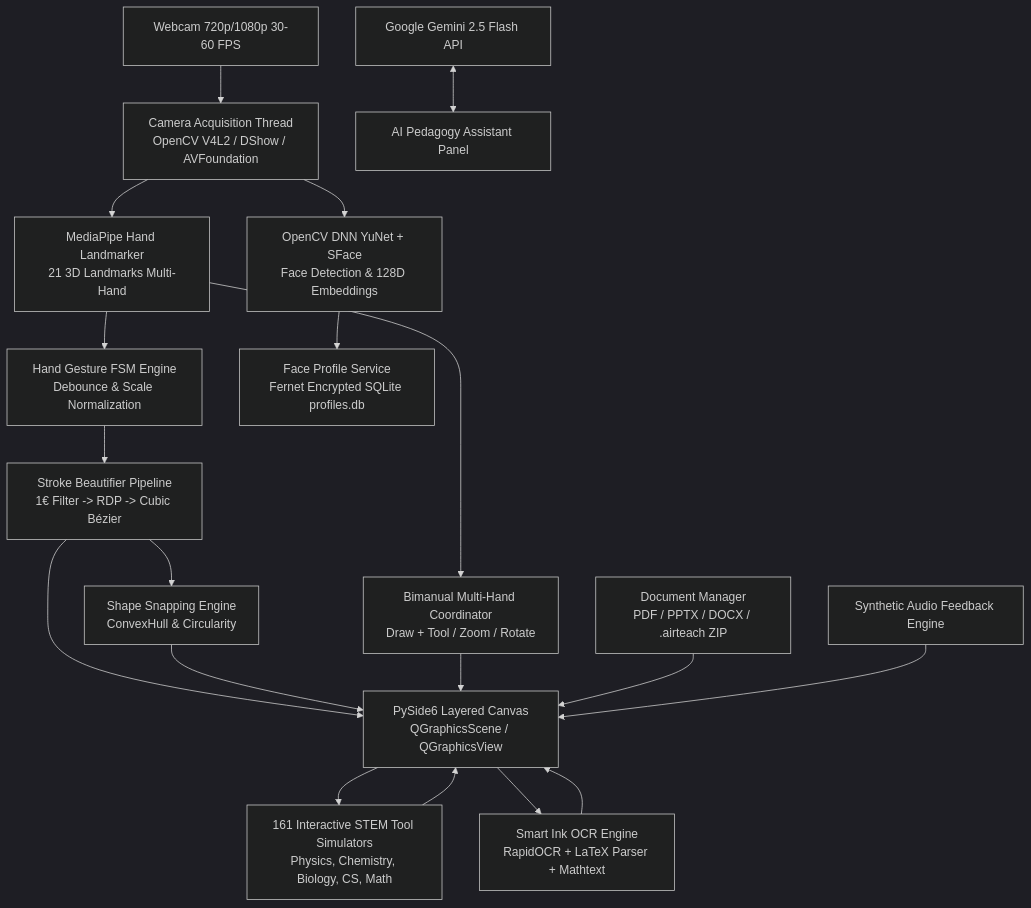
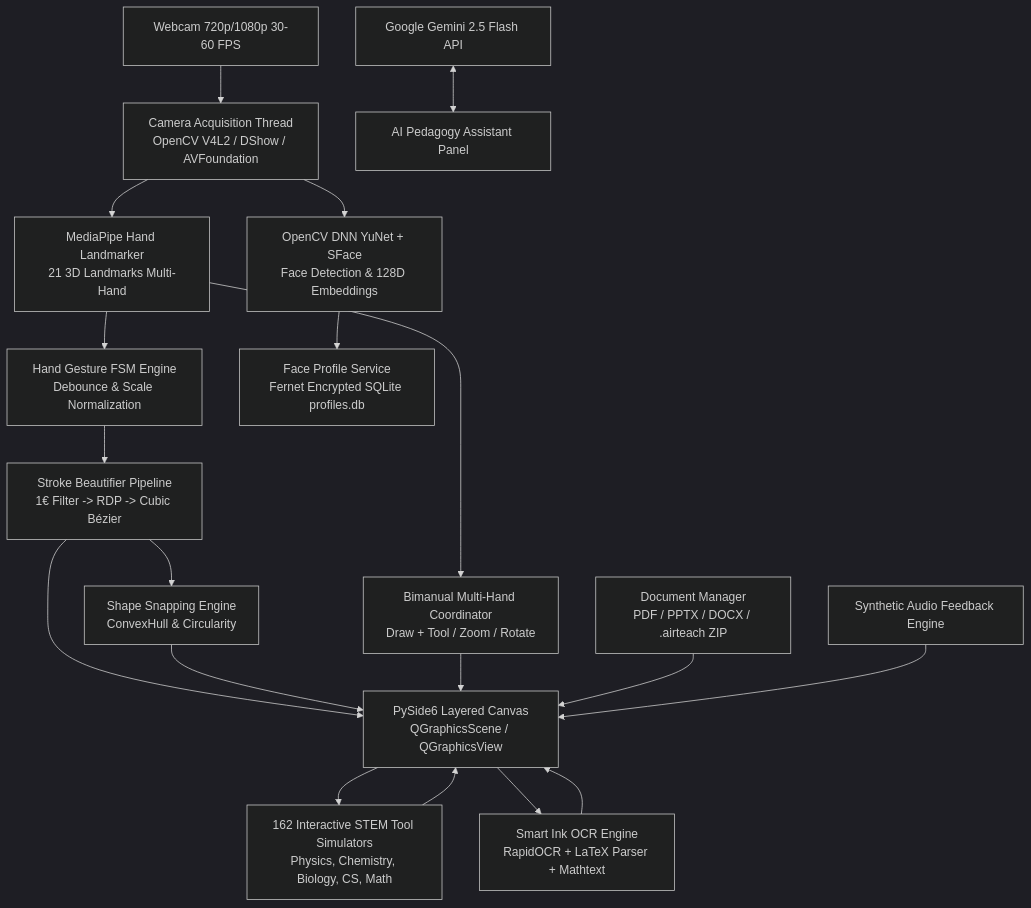
The diagram in README.md (ducnt2104/AirTeach-AI), drawn with Mermaid (dark theme) before and after one commit. The commit also changed other lines of this file and 5 other files, not shown here.

````diff
--- a/README.md
+++ b/README.md
@@ -199,28 +199,28 @@
 ```mermaid
 graph TD
     A[Webcam 720p/1080p 30-60 FPS] --> B[Camera Acquisition Thread\nOpenCV V4L2 / DShow / AVFoundation]
     B --> C[MediaPipe Hand Landmarker\n21 3D Landmarks Multi-Hand]
     B --> D[OpenCV DNN YuNet + SFace\nFace Detection & 128D Embeddings]
     
     C --> E[Hand Gesture FSM Engine\nDebounce & Scale Normalization]
     C --> F[Bimanual Multi-Hand Coordinator\nDraw + Tool / Zoom / Rotate]
     
     E --> G[Stroke Beautifier Pipeline\n1€ Filter -> RDP -> Cubic Bézier]
     G --> H[Shape Snapping Engine\nConvexHull & Circularity]
     
     G --> I[PySide6 Layered Canvas\nQGraphicsScene / QGraphicsView]
     H --> I
     F --> I
     
-    I --> J[161 Interactive STEM Tool Simulators\nPhysics, Chemistry, Biology, CS, Math]
+    I --> J[162 Interactive STEM Tool Simulators\nPhysics, Chemistry, Biology, CS, Math]
     J --> I
     
     I --> K[Smart Ink OCR Engine\nRapidOCR + LaTeX Parser + Mathtext]
     K --> I
     
     D --> L[Face Profile Service\nFernet Encrypted SQLite profiles.db]
     
     M[Document Manager\nPDF / PPTX / DOCX / .airteach ZIP] --> I
     N[Google Gemini 2.5 Flash API] <--> O[AI Pedagogy Assistant Panel]
     P[Synthetic Audio Feedback Engine] --> I
 ```
````
